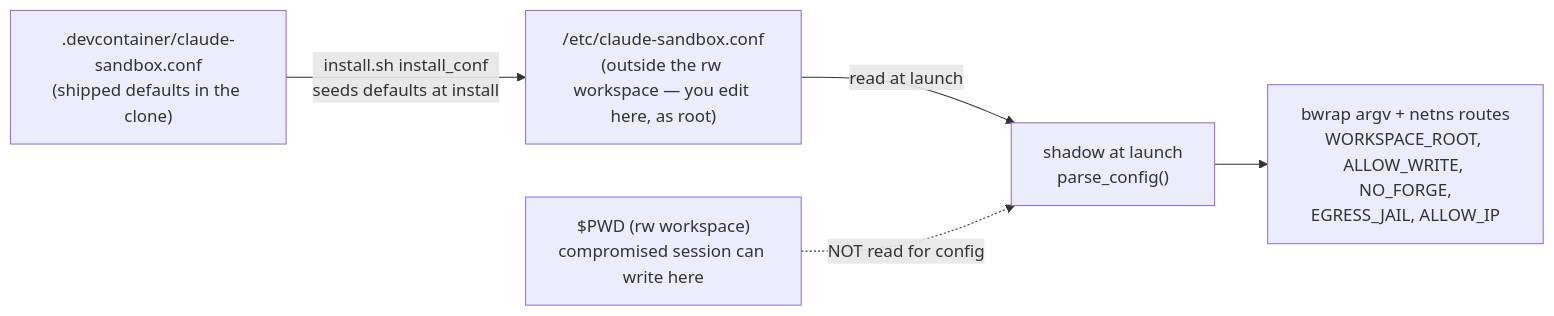
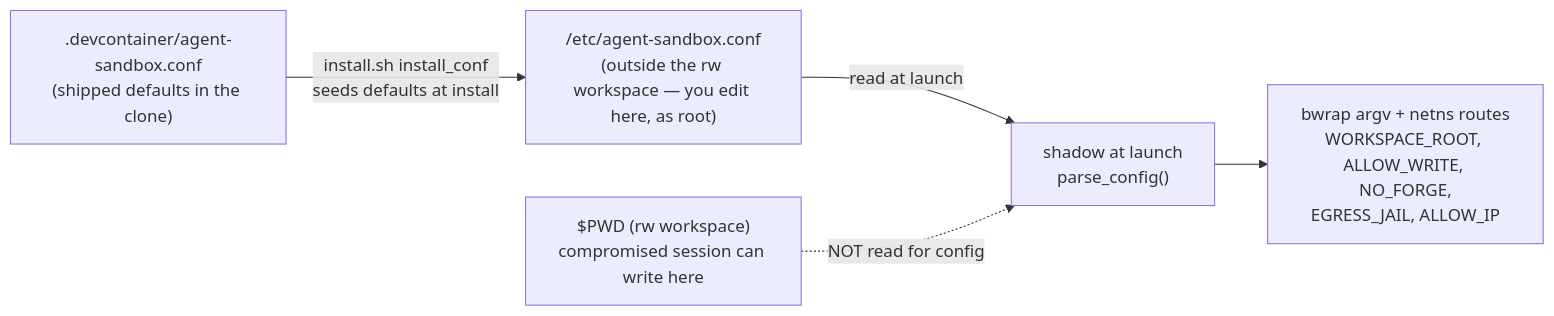
Before and after one commit to DiamondLightSource/claude-sandbox: the fifth of 5 diagrams in docs/explanations/architecture.md, drawn with Mermaid. The commit also changed other lines of this file and 85 other files, not shown here.

````diff
--- a/docs/explanations/architecture.md
+++ b/docs/explanations/architecture.md
@@ -291,14 +295,14 @@
 ```{mermaid}
 graph LR
-    clone[".devcontainer/claude-sandbox.conf<br/>(shipped defaults in the clone)"]
-    etc["/etc/claude-sandbox.conf<br/>(outside the rw workspace — you edit here, as root)"]
+    clone[".devcontainer/agent-sandbox.conf<br/>(shipped defaults in the clone)"]
+    etc["/etc/agent-sandbox.conf<br/>(outside the rw workspace — you edit here, as root)"]
     shadow["shadow at launch<br/>parse_config()"]
     argv["bwrap argv + netns routes<br/>WORKSPACE_ROOT, ALLOW_WRITE, NO_FORGE,<br/>EGRESS_JAIL, ALLOW_IP"]
 
     clone -->|install.sh install_conf<br/>seeds defaults at install| etc
     etc -->|read at launch| shadow
     shadow --> argv
 
     pwd["$PWD (rw workspace)<br/>compromised session can write here"]
     pwd -. NOT read for config .-> shadow
 ```
````
